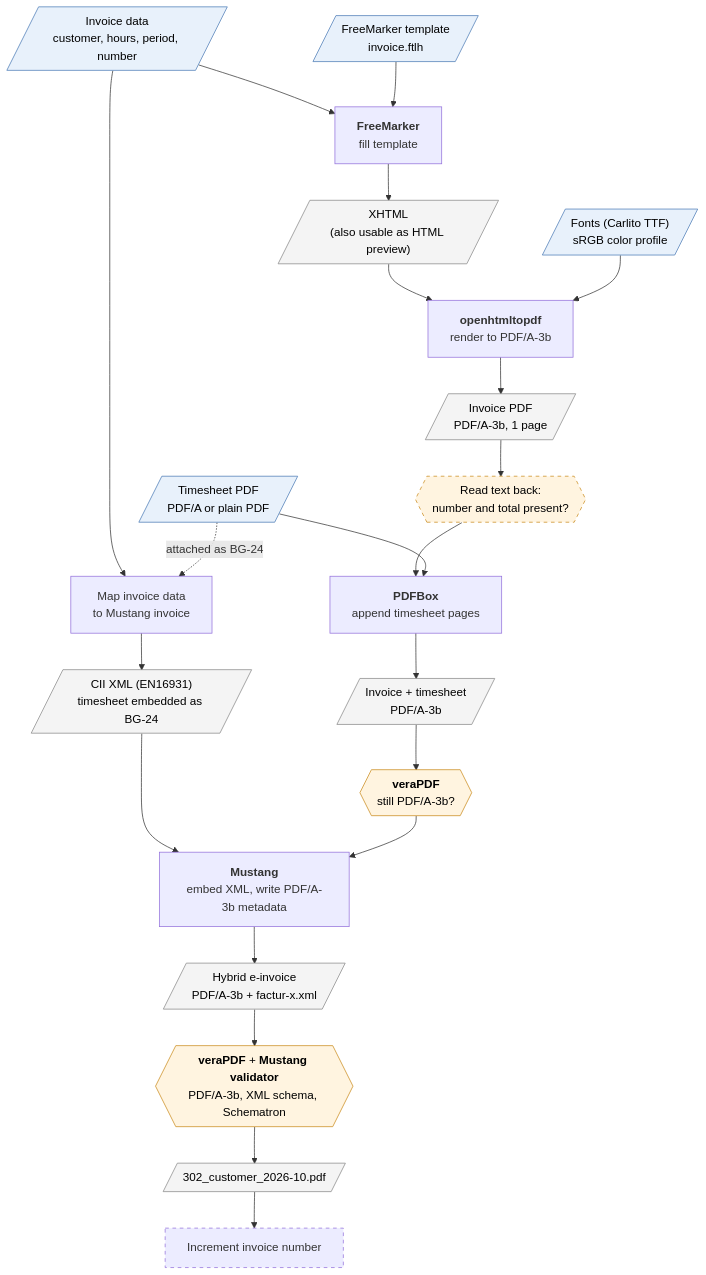
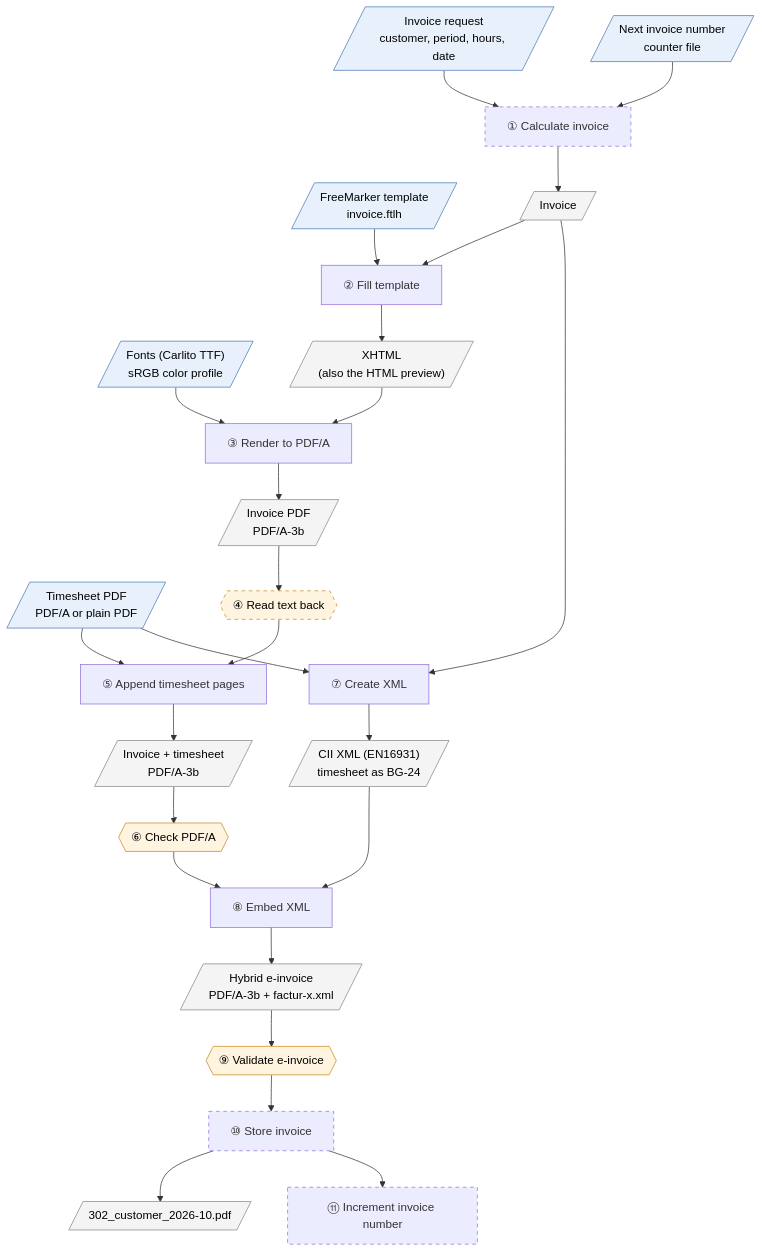
Before and after one commit to sdingel/e-invoice-generator: the diagram in README.md, drawn with Mermaid. The commit also changed other lines of this file and 2 other files, not shown here.

Commit message:
Rework interfaces: one numbered step, one interface
Each processing step in the README diagram now has a number and its
own interface with explicit input and output (FreeMarker, openhtmltopdf,
text check, page appending, PDF/A check, XML creation, XML embedding,
validation, storage, numbering). Diagram, table and PLAN.md use the
same step names; library versions replaced by links to the GitHub
repositories.

The proof of concept now creates the XML separately and embeds it with
setXML; the embedded XML is byte-identical and the result still valid,
so "create XML" and "embed XML" can be separate interfaces.

Claude-Session: https://claude.ai/code/session_012rxtq3FWJcmuAxLaCpLkq2

````diff
--- a/README.md
+++ b/README.md
@@ -18,59 +19,62 @@
 ```mermaid
 flowchart TD
     %% Inputs
-    data[/"Invoice data<br/>customer, hours, period, number"/]
+    request[/"Invoice request<br/>customer, period, hours, date"/]
+    number[/"Next invoice number<br/>counter file"/]
     template[/"FreeMarker template<br/>invoice.ftlh"/]
     fonts[/"Fonts (Carlito TTF)<br/>sRGB color profile"/]
     timesheet[/"Timesheet PDF<br/>PDF/A or plain PDF"/]
 
-    %% Visible invoice
-    freemarker["<b>FreeMarker</b><br/>fill template"]
-    xhtml[/"XHTML<br/>(also usable as HTML preview)"/]
-    openhtmltopdf["<b>openhtmltopdf</b><br/>render to PDF/A-3b"]
-    invoicePdf[/"Invoice PDF<br/>PDF/A-3b, 1 page"/]
-    textCheck{{"Read text back:<br/>number and total present?"}}
+    %% Steps and results
+    s1["① Calculate invoice"]
+    invoice[/"Invoice"/]
+    s2["② Fill template"]
+    xhtml[/"XHTML<br/>(also the HTML preview)"/]
+    s3["③ Render to PDF/A"]
+    invoicePdf[/"Invoice PDF<br/>PDF/A-3b"/]
+    s4{{"④ Read text back"}}
+    s5["⑤ Append timesheet pages"]
+    mergedPdf[/"Invoice + timesheet<br/>PDF/A-3b"/]
+    s6{{"⑥ Check PDF/A"}}
+    s7["⑦ Create XML"]
+    xml[/"CII XML (EN16931)<br/>timesheet as BG-24"/]
+    s8["⑧ Embed XML"]
+    hybrid[/"Hybrid e-invoice<br/>PDF/A-3b + factur-x.xml"/]
+    s9{{"⑨ Validate e-invoice"}}
+    s10["⑩ Store invoice"]
+    file[/"302_customer_2026-10.pdf"/]
+    s11["⑪ Increment invoice number"]
 
-    data --> freemarker
-    template --> freemarker
-    freemarker --> xhtml --> openhtmltopdf
-    fonts --> openhtmltopdf
-    openhtmltopdf --> invoicePdf --> textCheck
+    request --> s1
+    number --> s1
+    s1 --> invoice
 
-    %% Timesheet pages
-    append["<b>PDFBox</b><br/>append timesheet pages"]
-    mergedPdf[/"Invoice + timesheet<br/>PDF/A-3b"/]
-    mergedCheck{{"<b>veraPDF</b><br/>still PDF/A-3b?"}}
+    invoice --> s2
+    template --> s2
+    s2 --> xhtml --> s3
+    fonts --> s3
+    s3 --> invoicePdf --> s4
 
-    textCheck --> append
-    timesheet --> append
-    append --> mergedPdf --> mergedCheck
+    s4 --> s5
+    timesheet --> s5
+    s5 --> mergedPdf --> s6
 
-    %% E-invoice
-    mapper["Map invoice data<br/>to Mustang invoice"]
-    cii[/"CII XML (EN16931)<br/>timesheet embedded as BG-24"/]
-    mustang["<b>Mustang</b><br/>embed XML, write PDF/A-3b metadata"]
-    hybrid[/"Hybrid e-invoice<br/>PDF/A-3b + factur-x.xml"/]
+    invoice --> s7
+    timesheet --> s7
+    s7 --> xml
 
-    data --> mapper
-    timesheet -. "attached as BG-24" .-> mapper
-    mapper --> cii --> mustang
-    mergedCheck --> mustang
-    mustang --> hybrid
-
-    %% Final checks and output
-    finalCheck{{"<b>veraPDF</b> + <b>Mustang validator</b><br/>PDF/A-3b, XML schema, Schematron"}}
-    output[/"302_customer_2026-10.pdf"/]
-    counter["Increment invoice number"]
-
-    hybrid --> finalCheck --> output --> counter
+    s6 --> s8
+    xml --> s8
+    s8 --> hybrid --> s9 --> s10 --> file
+    s10 --> s11
 
     %% Styles
     classDef input fill:#e8f1fb,stroke:#4a7ab5,color:#000
     classDef artifact fill:#f4f4f4,stroke:#888,color:#000
     classDef check fill:#fff4e0,stroke:#c98a1b,color:#000
     classDef planned stroke-dasharray: 5 5
-    class data,template,fonts,timesheet input
-    class xhtml,invoicePdf,mergedPdf,cii,hybrid,output artifact
-    class textCheck,mergedCheck,finalCheck check
-    class textCheck,counter planned
+    class request,number,template,fonts,timesheet input
+    class invoice,xhtml,invoicePdf,mergedPdf,xml,hybrid,file artifact
+    class s4,s6,s9 check
+    class s1,s4,s10,s11 planned
 ```
````
